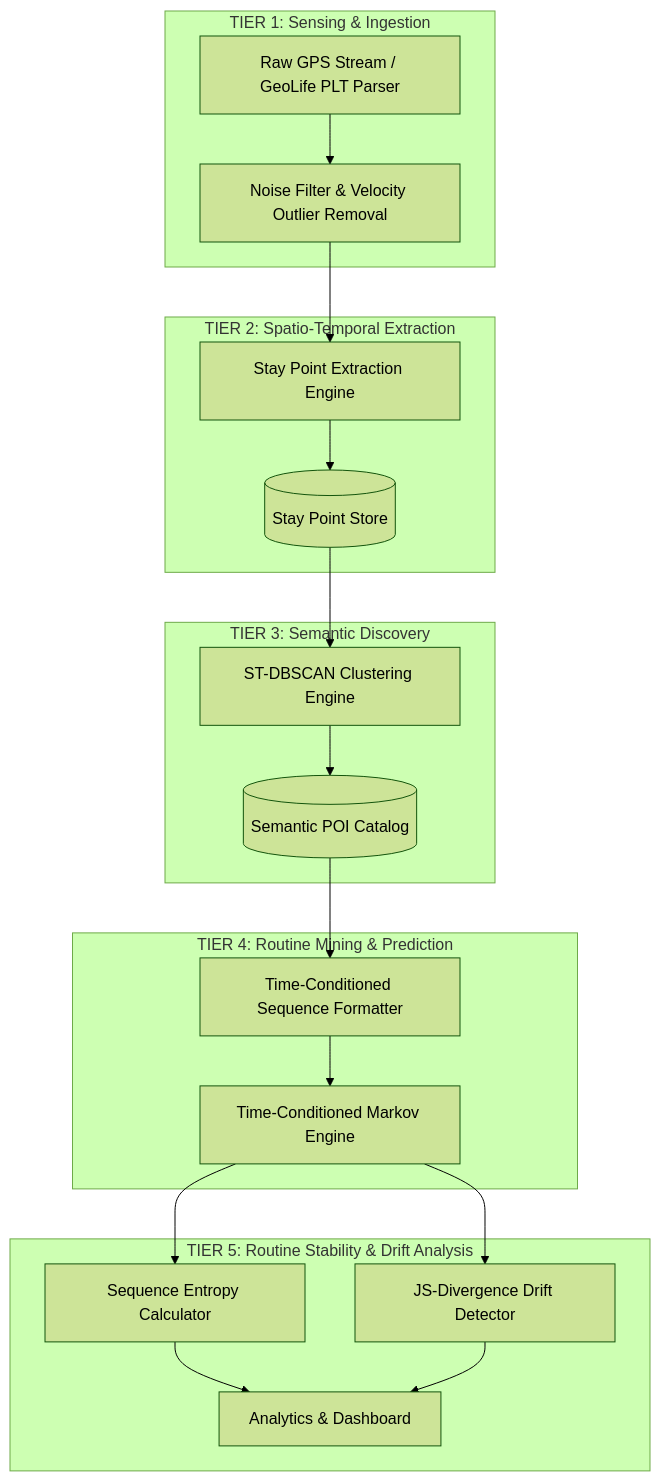
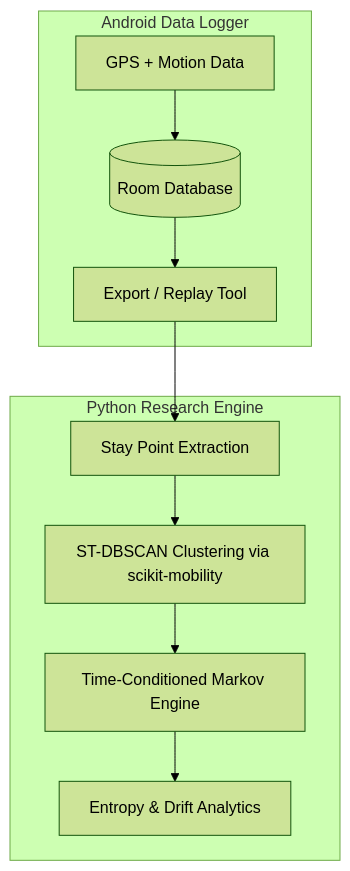
Before and after one commit to Reyatsu99/HabitMiner: the first of 3 diagrams in docs/ARCHITECTURE.md, drawn with Mermaid (forest theme). The commit also changed other lines of this file and 3 other files, not shown here.

Commit message:
Update project scope to Hybrid Architecture separating Android logger and Python engine

````diff
--- a/docs/ARCHITECTURE.md
+++ b/docs/ARCHITECTURE.md
@@ -21,33 +21,19 @@
 ```mermaid
 graph TD
-    subgraph Tier1["TIER 1: Sensing & Ingestion"]
-        GPS[Raw GPS Stream / GeoLife PLT Parser]
-        FLT[Noise Filter & Velocity Outlier Removal]
+    subgraph ANDROID["Android Data Logger"]
+        GPS[GPS + Motion Data]
+        DB[(Room Database)]
+        EXP[Export / Replay Tool]
+        
+        GPS --> DB --> EXP
     end
 
-    subgraph Tier2["TIER 2: Spatio-Temporal Extraction"]
-        SPE[Stay Point Extraction Engine]
-        SPDB[(Stay Point Store)]
+    subgraph PYTHON["Python Research Engine"]
+        SPE[Stay Point Extraction]
+        ST[ST-DBSCAN Clustering via scikit-mobility]
+        MC[Time-Conditioned Markov Engine]
+        ANLYS[Entropy & Drift Analytics]
+        
+        EXP --> SPE --> ST --> MC --> ANLYS
     end
-
-    subgraph Tier3["TIER 3: Semantic Discovery"]
-        ST[ST-DBSCAN Clustering Engine]
-        POI[(Semantic POI Catalog)]
-    end
-
-    subgraph Tier4["TIER 4: Routine Mining & Prediction"]
-        SM[Time-Conditioned Sequence Formatter]
-        MC[Time-Conditioned Markov Engine]
-    end
-
-    subgraph Tier5["TIER 5: Routine Stability & Drift Analysis"]
-        SE[Sequence Entropy Calculator]
-        JSD[JS-Divergence Drift Detector]
-        DASH[Analytics & Dashboard]
-    end
-
-    GPS --> FLT --> SPE --> SPDB
-    SPDB --> ST --> POI
-    POI --> SM --> MC
-    MC --> SE & JSD --> DASH
 ```
````
